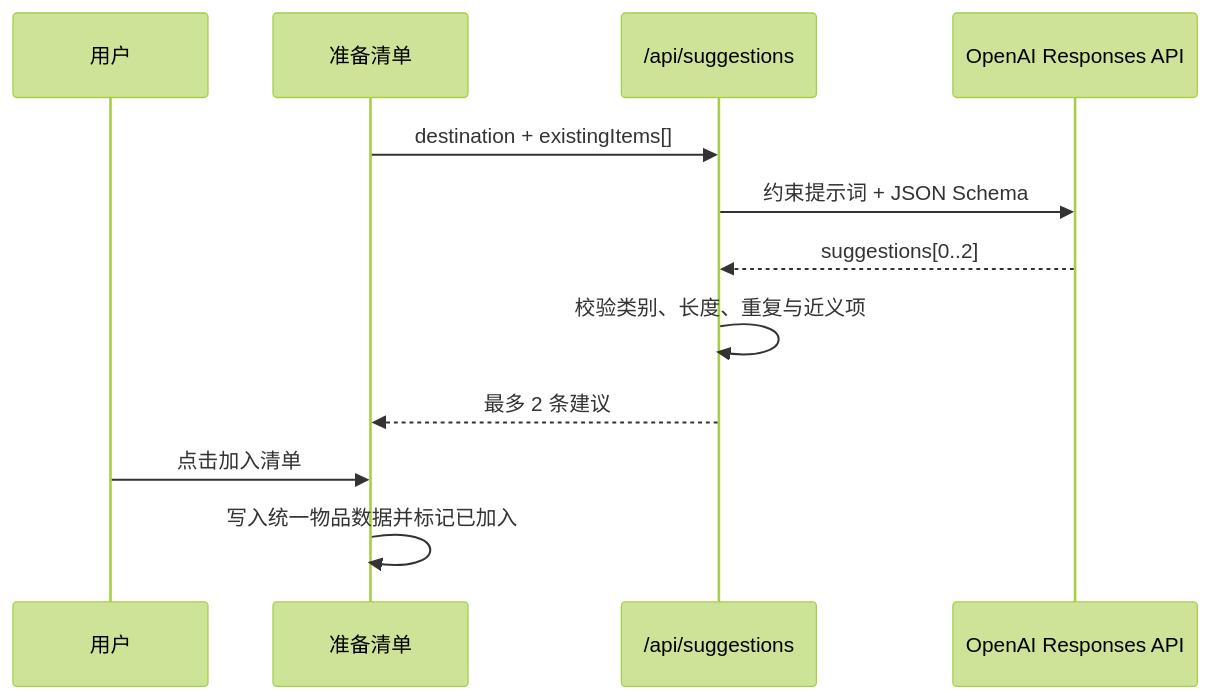
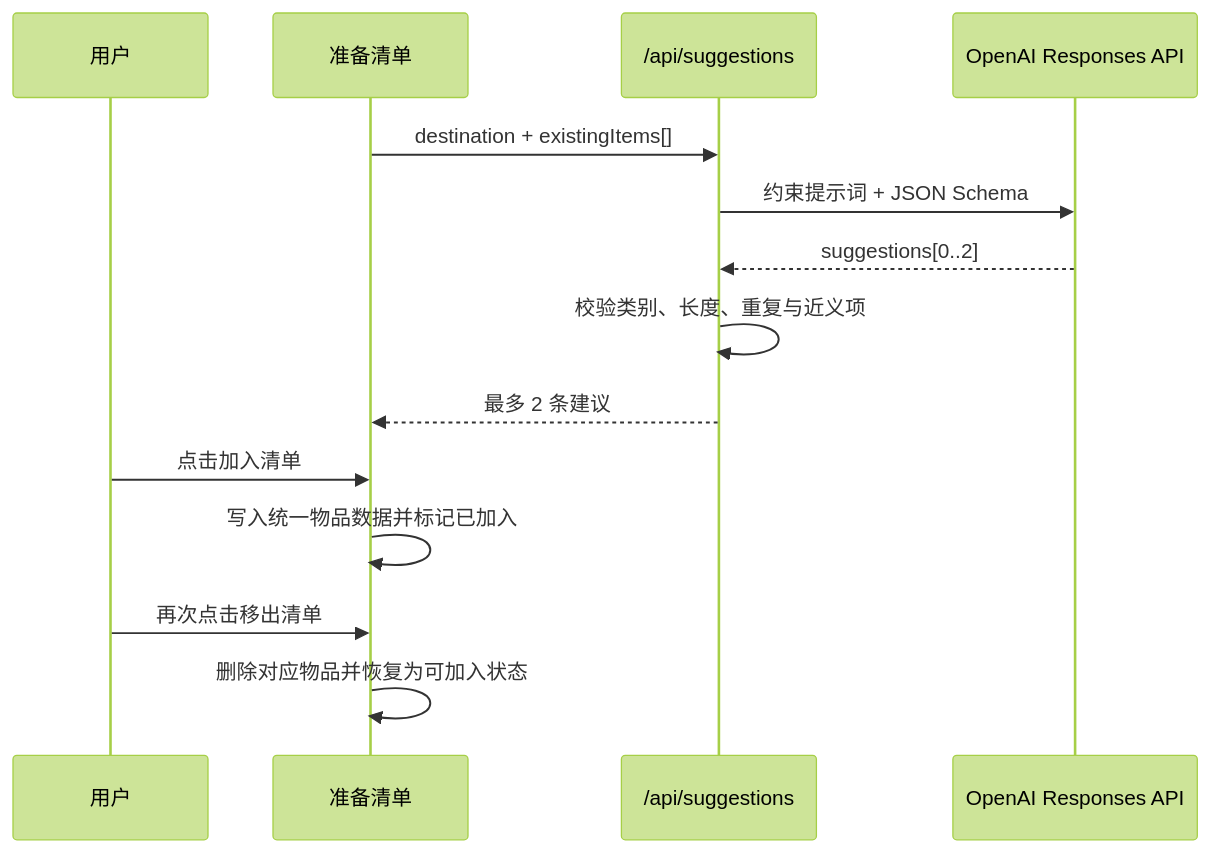
One commit to candy-zy/daiqi-ai-packlist changed the second of 3 diagrams in docs/AI_AND_BACKEND_DESIGN.md. Above: the diagram before and after it, drawn with Mermaid (forest theme). The commit also changed other lines of this file and 3 other files, not shown here.

````diff
--- a/docs/AI_AND_BACKEND_DESIGN.md
+++ b/docs/AI_AND_BACKEND_DESIGN.md
@@ -58,15 +58,17 @@
 ```mermaid
 sequenceDiagram
   participant U as 用户
   participant UI as 准备清单
   participant API as /api/suggestions
   participant LLM as OpenAI Responses API
 
   UI->>API: destination + existingItems[]
   API->>LLM: 约束提示词 + JSON Schema
   LLM-->>API: suggestions[0..2]
   API->>API: 校验类别、长度、重复与近义项
   API-->>UI: 最多 2 条建议
   U->>UI: 点击加入清单
   UI->>UI: 写入统一物品数据并标记已加入
+  U->>UI: 再次点击移出清单
+  UI->>UI: 删除对应物品并恢复为可加入状态
 ```
````
